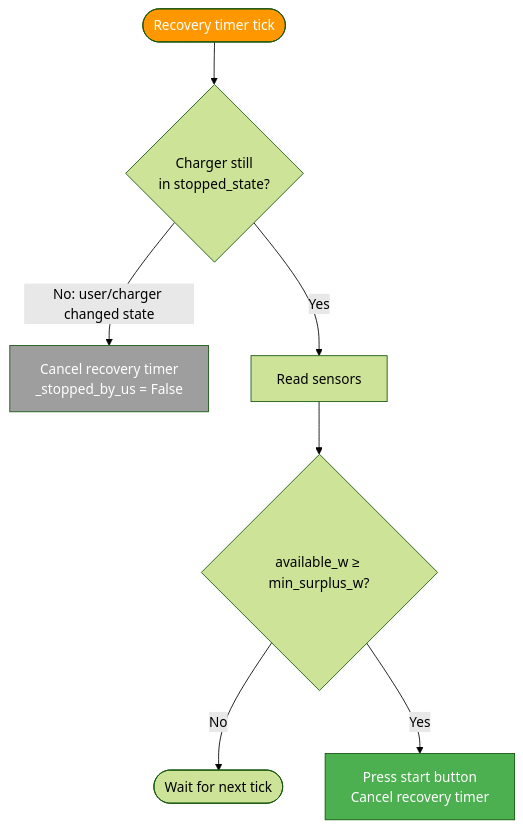
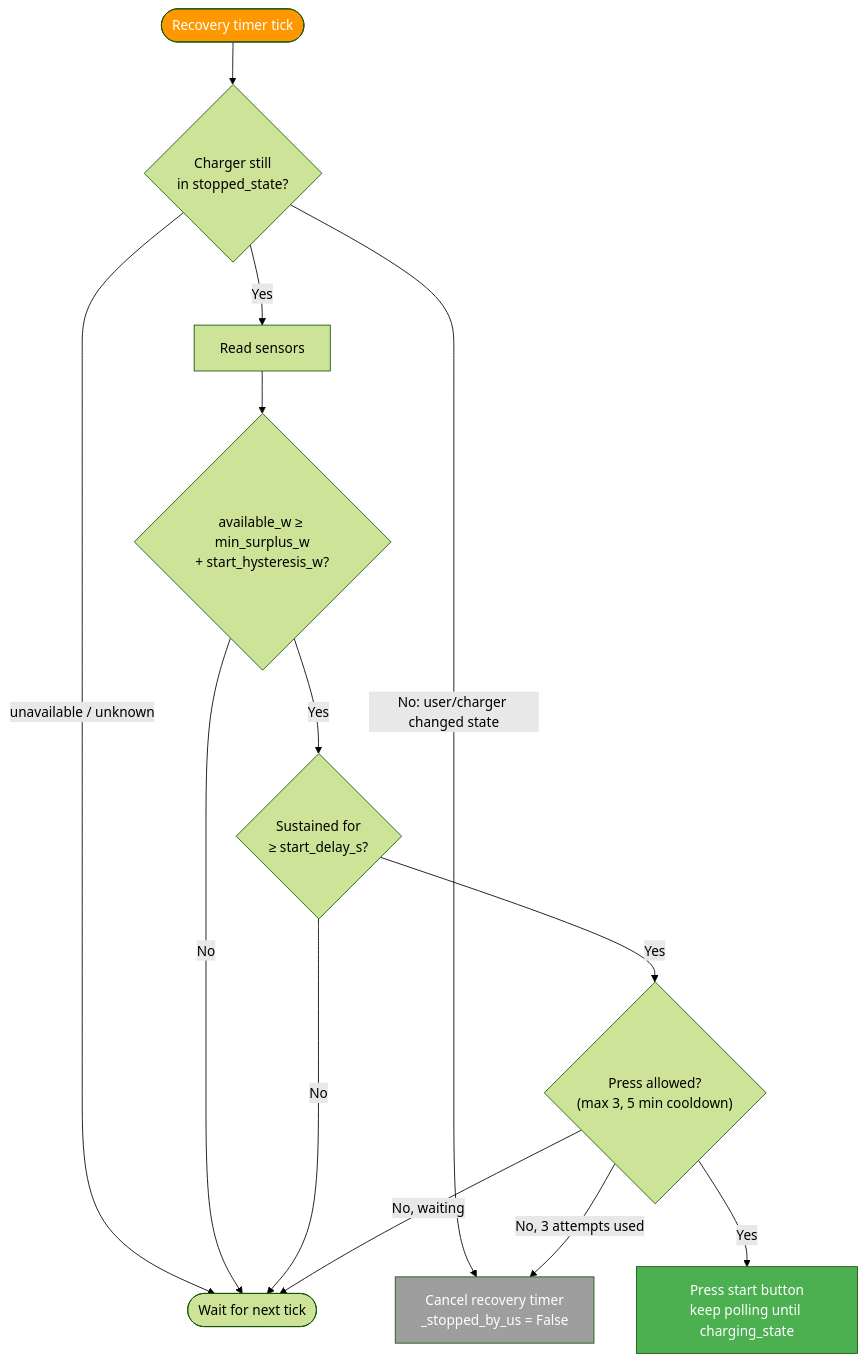
One commit to ZaBug/ev-solar-manager changed the third of 3 diagrams in README.md. Above: the diagram before and after it, drawn with Mermaid (forest theme). The commit also changed other lines of this file and 17 other files, not shown here.

````diff
--- a/README.md
+++ b/README.md
@@ -99,16 +103,22 @@
 ```mermaid
 flowchart TD
     REC([Recovery timer tick]) --> STILL{"Charger still\nin stopped_state?"}
 
+    STILL -- unavailable / unknown --> WAIT
     STILL -- No: user/charger changed state --> CANCEL[Cancel recovery timer\n_stopped_by_us = False]
 
     STILL -- Yes --> READ[Read sensors]
-    READ --> THRESH{"available_w ≥ min_surplus_w?"}
+    READ --> THRESH{"available_w ≥ min_surplus_w\n+ start_hysteresis_w?"}
 
     THRESH -- No --> WAIT([Wait for next tick])
-    THRESH -- Yes --> PRESS_START[Press start button\nCancel recovery timer]
+    THRESH -- Yes --> SUSTAINED{"Sustained for\n≥ start_delay_s?"}
+    SUSTAINED -- No --> WAIT
+    SUSTAINED -- Yes --> CAN_PRESS{"Press allowed?\n(max 3, 5 min cooldown)"}
+    CAN_PRESS -- No, waiting --> WAIT
+    CAN_PRESS -- No, 3 attempts used --> CANCEL
+    CAN_PRESS -- Yes --> PRESS_START[Press start button\nkeep polling until charging_state]
 
     style REC fill:#FF9800,color:#fff
     style PRESS_START fill:#4CAF50,color:#fff
     style CANCEL fill:#9E9E9E,color:#fff
 ```
````
